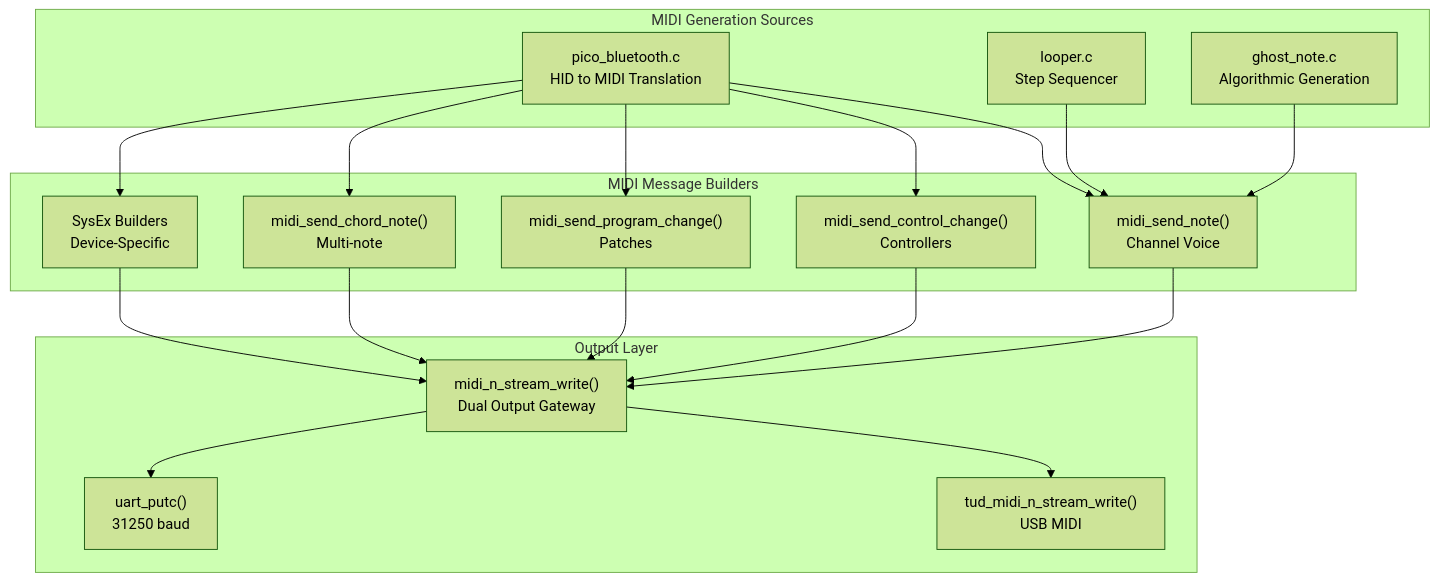
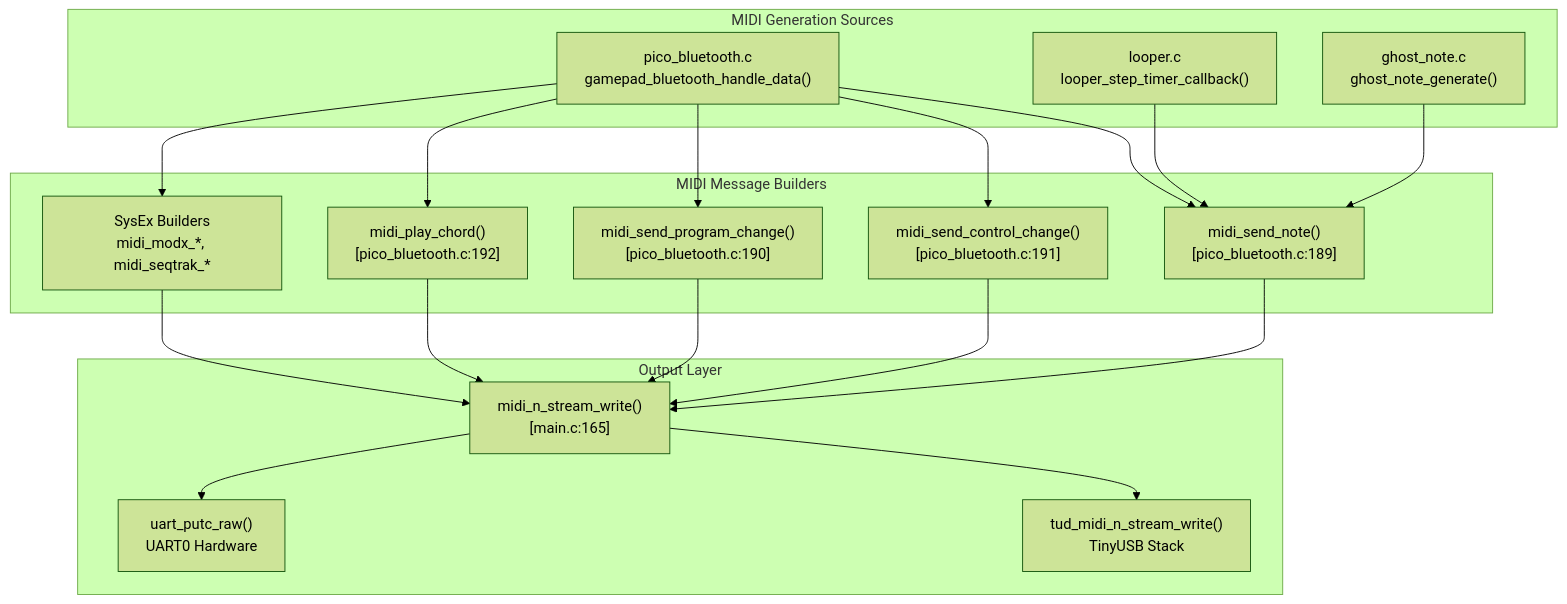
Before and after one commit to Jus-Be/orinayo-pico: the first of 4 diagrams in wiki/10.1-midi-implementation-chart.md, drawn with Mermaid (forest theme). The commit also changed other lines of this file and 42 other files, not shown here.

````diff
--- a/wiki/10.1-midi-implementation-chart.md
+++ b/wiki/10.1-midi-implementation-chart.md
@@ -32,50 +35,50 @@
 ```mermaid
 flowchart TD
 
-BT["pico_bluetooth.c<br>HID to MIDI Translation"]
-LOOP["looper.c<br>Step Sequencer"]
-GHOST["ghost_note.c<br>Algorithmic Generation"]
-SEND_NOTE["midi_send_note()<br>Channel Voice"]
-SEND_CC["midi_send_control_change()<br>Controllers"]
-SEND_PC["midi_send_program_change()<br>Patches"]
-SEND_CHORD["midi_send_chord_note()<br>Multi-note"]
-SEND_SYSEX["SysEx Builders<br>Device-Specific"]
-STREAM["midi_n_stream_write()<br>Dual Output Gateway"]
-USB["tud_midi_n_stream_write()<br>USB MIDI"]
-UART["uart_putc()<br>31250 baud"]
+BT["pico_bluetooth.c<br>gamepad_bluetooth_handle_data()"]
+LOOP["looper.c<br>looper_step_timer_callback()"]
+GHOST["ghost_note.c<br>ghost_note_generate()"]
+SEND_NOTE["midi_send_note()<br>[pico_bluetooth.c:189]"]
+SEND_CC["midi_send_control_change()<br>[pico_bluetooth.c:191]"]
+SEND_PC["midi_send_program_change()<br>[pico_bluetooth.c:190]"]
+SEND_CHORD["midi_play_chord()<br>[pico_bluetooth.c:192]"]
+SEND_SYSEX["SysEx Builders<br>midi_modx_*, midi_seqtrak_*"]
+STREAM["midi_n_stream_write()<br>[main.c:165]"]
+USB["tud_midi_n_stream_write()<br>TinyUSB Stack"]
+UART["uart_putc_raw()<br>UART0 Hardware"]
 
 BT --> SEND_NOTE
 BT --> SEND_CC
 BT --> SEND_PC
 BT --> SEND_CHORD
 LOOP --> SEND_NOTE
 GHOST --> SEND_NOTE
 BT --> SEND_SYSEX
 SEND_NOTE --> STREAM
 SEND_CC --> STREAM
 SEND_PC --> STREAM
 SEND_CHORD --> STREAM
 SEND_SYSEX --> STREAM
 
 subgraph subGraph2 ["Output Layer"]
     STREAM
     USB
     UART
     STREAM --> USB
     STREAM --> UART
 end
 
 subgraph subGraph1 ["MIDI Message Builders"]
     SEND_NOTE
     SEND_CC
     SEND_PC
     SEND_CHORD
     SEND_SYSEX
 end
 
 subgraph subGraph0 ["MIDI Generation Sources"]
     BT
     LOOP
     GHOST
 end
 ```
````
